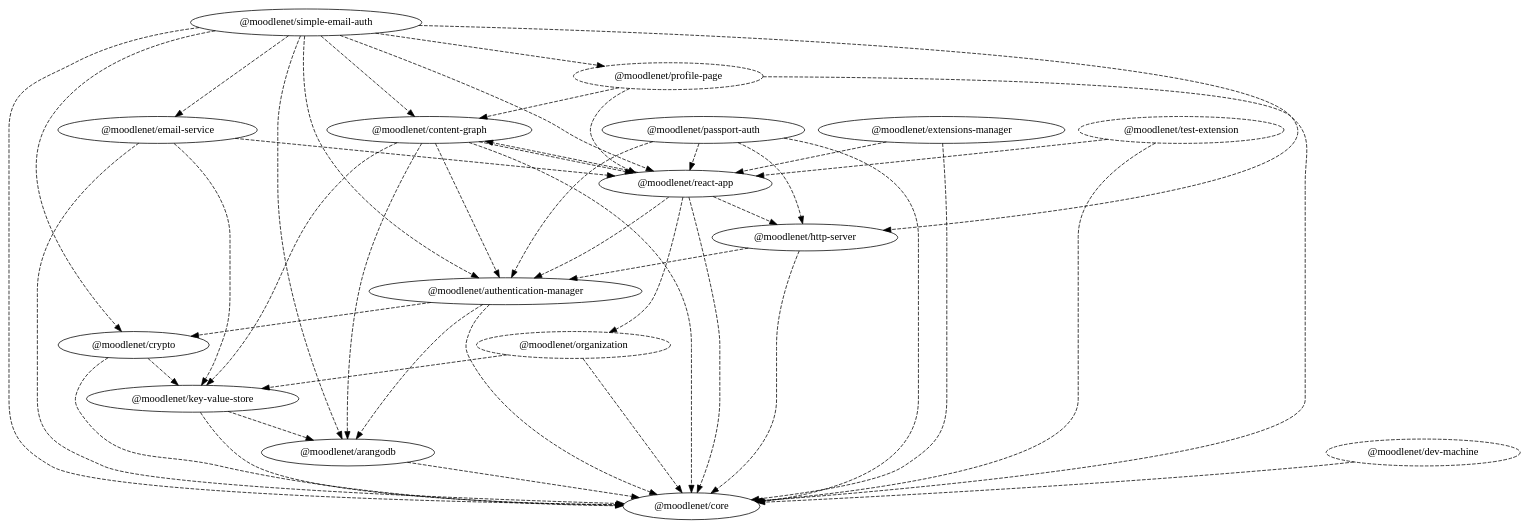
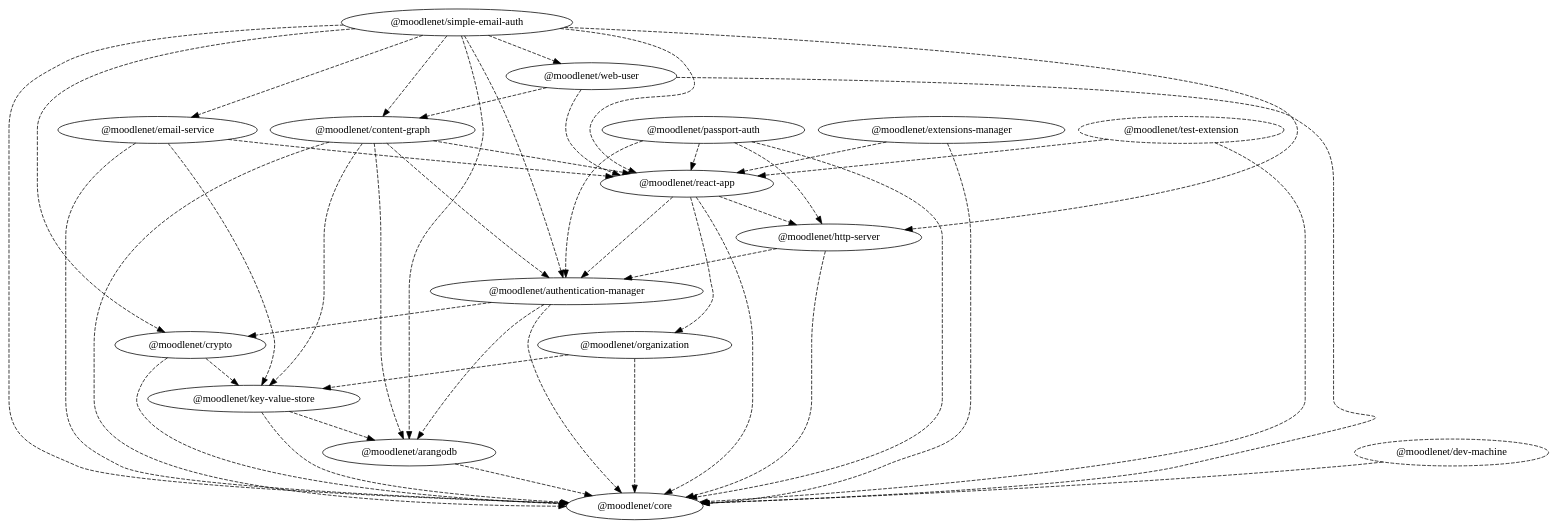
Before and after one commit to moodle/moodlenet: the diagram in dependency-graph.dot, drawn with Graphviz. The commit also changed 8 other files, not shown here.

```diff
--- a/dependency-graph.dot
+++ b/dependency-graph.dot
@@ -1,65 +1,63 @@
 digraph G {
   "@moodlenet/arangodb";
   "@moodlenet/core";
   "@moodlenet/authentication-manager";
   "@moodlenet/crypto";
   "@moodlenet/content-graph";
   "@moodlenet/key-value-store";
   "@moodlenet/react-app";
   "@moodlenet/dev-machine" [ style = "dashed" ];
   "@moodlenet/email-service";
-  "@moodlenet/react-app";
   "@moodlenet/extensions-manager";
   "@moodlenet/http-server";
-  "@moodlenet/organization" [ style = "dashed" ];
+  "@moodlenet/organization";
   "@moodlenet/passport-auth";
-  "@moodlenet/profile-page" [ style = "dashed" ];
   "@moodlenet/simple-email-auth";
+  "@moodlenet/web-user";
   "@moodlenet/test-extension" [ style = "dashed" ];
   "@moodlenet/arangodb" -> "@moodlenet/core" [ style = "dashed" ];
   "@moodlenet/authentication-manager" -> "@moodlenet/arangodb" [ style = "dashed" ];
   "@moodlenet/authentication-manager" -> "@moodlenet/core" [ style = "dashed" ];
   "@moodlenet/authentication-manager" -> "@moodlenet/crypto" [ style = "dashed" ];
   "@moodlenet/content-graph" -> "@moodlenet/arangodb" [ style = "dashed" ];
   "@moodlenet/content-graph" -> "@moodlenet/authentication-manager" [ style = "dashed" ];
   "@moodlenet/content-graph" -> "@moodlenet/core" [ style = "dashed" ];
   "@moodlenet/content-graph" -> "@moodlenet/key-value-store" [ style = "dashed" ];
   "@moodlenet/content-graph" -> "@moodlenet/react-app" [ style = "dashed" ];
   "@moodlenet/crypto" -> "@moodlenet/core" [ style = "dashed" ];
   "@moodlenet/crypto" -> "@moodlenet/key-value-store" [ style = "dashed" ];
   "@moodlenet/dev-machine" -> "@moodlenet/core" [ style = "dashed" ];
   "@moodlenet/email-service" -> "@moodlenet/core" [ style = "dashed" ];
   "@moodlenet/email-service" -> "@moodlenet/key-value-store" [ style = "dashed" ];
   "@moodlenet/email-service" -> "@moodlenet/react-app" [ style = "dashed" ];
   "@moodlenet/extensions-manager" -> "@moodlenet/core" [ style = "dashed" ];
   "@moodlenet/extensions-manager" -> "@moodlenet/react-app" [ style = "dashed" ];
   "@moodlenet/http-server" -> "@moodlenet/authentication-manager" [ style = "dashed" ];
   "@moodlenet/http-server" -> "@moodlenet/core" [ style = "dashed" ];
   "@moodlenet/key-value-store" -> "@moodlenet/arangodb" [ style = "dashed" ];
   "@moodlenet/key-value-store" -> "@moodlenet/core" [ style = "dashed" ];
   "@moodlenet/organization" -> "@moodlenet/core" [ style = "dashed" ];
   "@moodlenet/organization" -> "@moodlenet/key-value-store" [ style = "dashed" ];
   "@moodlenet/passport-auth" -> "@moodlenet/authentication-manager" [ style = "dashed" ];
   "@moodlenet/passport-auth" -> "@moodlenet/core" [ style = "dashed" ];
   "@moodlenet/passport-auth" -> "@moodlenet/http-server" [ style = "dashed" ];
   "@moodlenet/passport-auth" -> "@moodlenet/react-app" [ style = "dashed" ];
-  "@moodlenet/profile-page" -> "@moodlenet/content-graph" [ style = "dashed" ];
-  "@moodlenet/profile-page" -> "@moodlenet/core" [ style = "dashed" ];
-  "@moodlenet/profile-page" -> "@moodlenet/react-app" [ style = "dashed" ];
   "@moodlenet/react-app" -> "@moodlenet/authentication-manager" [ style = "dashed" ];
   "@moodlenet/react-app" -> "@moodlenet/core" [ style = "dashed" ];
   "@moodlenet/react-app" -> "@moodlenet/http-server" [ style = "dashed" ];
   "@moodlenet/react-app" -> "@moodlenet/organization" [ style = "dashed" ];
-  "@moodlenet/react-app" -> "@moodlenet/content-graph" [ style = "dashed" ];
   "@moodlenet/simple-email-auth" -> "@moodlenet/arangodb" [ style = "dashed" ];
   "@moodlenet/simple-email-auth" -> "@moodlenet/authentication-manager" [ style = "dashed" ];
   "@moodlenet/simple-email-auth" -> "@moodlenet/content-graph" [ style = "dashed" ];
   "@moodlenet/simple-email-auth" -> "@moodlenet/core" [ style = "dashed" ];
   "@moodlenet/simple-email-auth" -> "@moodlenet/crypto" [ style = "dashed" ];
   "@moodlenet/simple-email-auth" -> "@moodlenet/email-service" [ style = "dashed" ];
   "@moodlenet/simple-email-auth" -> "@moodlenet/http-server" [ style = "dashed" ];
   "@moodlenet/simple-email-auth" -> "@moodlenet/react-app" [ style = "dashed" ];
-  "@moodlenet/simple-email-auth" -> "@moodlenet/profile-page" [ style = "dashed" ];
+  "@moodlenet/simple-email-auth" -> "@moodlenet/web-user" [ style = "dashed" ];
   "@moodlenet/test-extension" -> "@moodlenet/core" [ style = "dashed" ];
   "@moodlenet/test-extension" -> "@moodlenet/react-app" [ style = "dashed" ];
+  "@moodlenet/web-user" -> "@moodlenet/content-graph" [ style = "dashed" ];
+  "@moodlenet/web-user" -> "@moodlenet/core" [ style = "dashed" ];
+  "@moodlenet/web-user" -> "@moodlenet/react-app" [ style = "dashed" ];
 }
```
